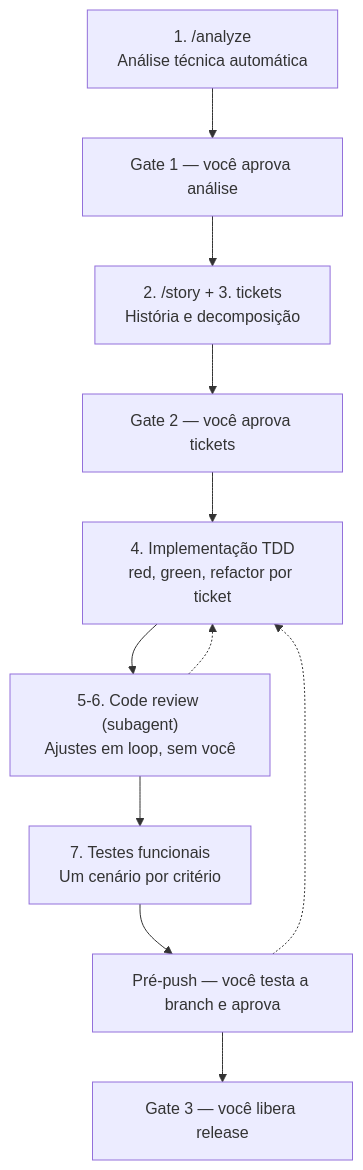
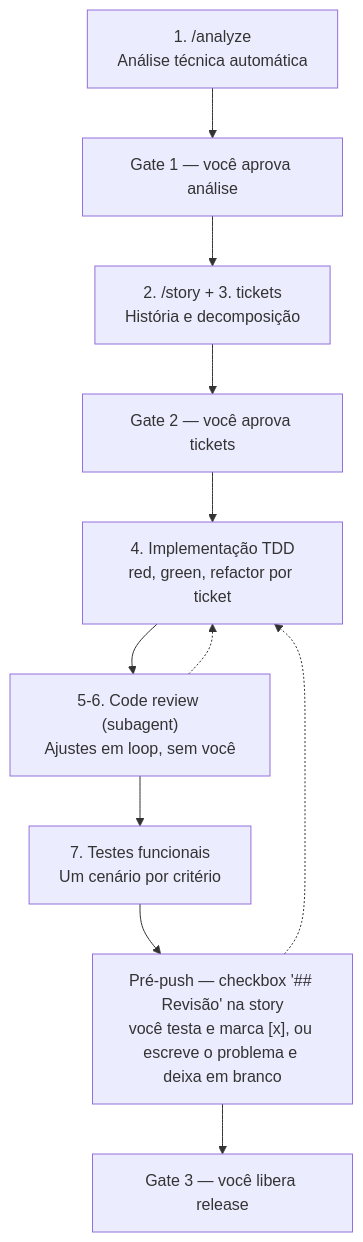
One commit to jacksonbicalho/camera changed the diagram in docs/workflow.md. Above: the diagram before and after it, drawn with Mermaid. The commit also changed other lines of this file and 3 other files, not shown here.

First line of the commit message:
docs(workflow): pausa pré-push ganha mecanismo de gate de verdade (checkbox + await-gate.sh)

````diff
--- a/docs/workflow.md
+++ b/docs/workflow.md
@@ -11,13 +11,13 @@
 ```mermaid
 flowchart TD
     A["1. /analyze<br/>Análise técnica automática"] --> G1["Gate 1 — você aprova análise"]
     G1 --> B["2. /story + 3. tickets<br/>História e decomposição"]
     B --> G2["Gate 2 — você aprova tickets"]
     G2 --> C["4. Implementação TDD<br/>red, green, refactor por ticket"]
     C --> D["5-6. Code review (subagent)<br/>Ajustes em loop, sem você"]
     D -.-> C
     D --> E["7. Testes funcionais<br/>Um cenário por critério"]
-    E --> P["Pré-push — você testa a branch e aprova"]
+    E --> P["Pré-push — checkbox '## Revisão' na story<br/>você testa e marca [x], ou escreve o problema e deixa em branco"]
     P -.-> C
     P --> G3["Gate 3 — você libera release"]
 ```
````
